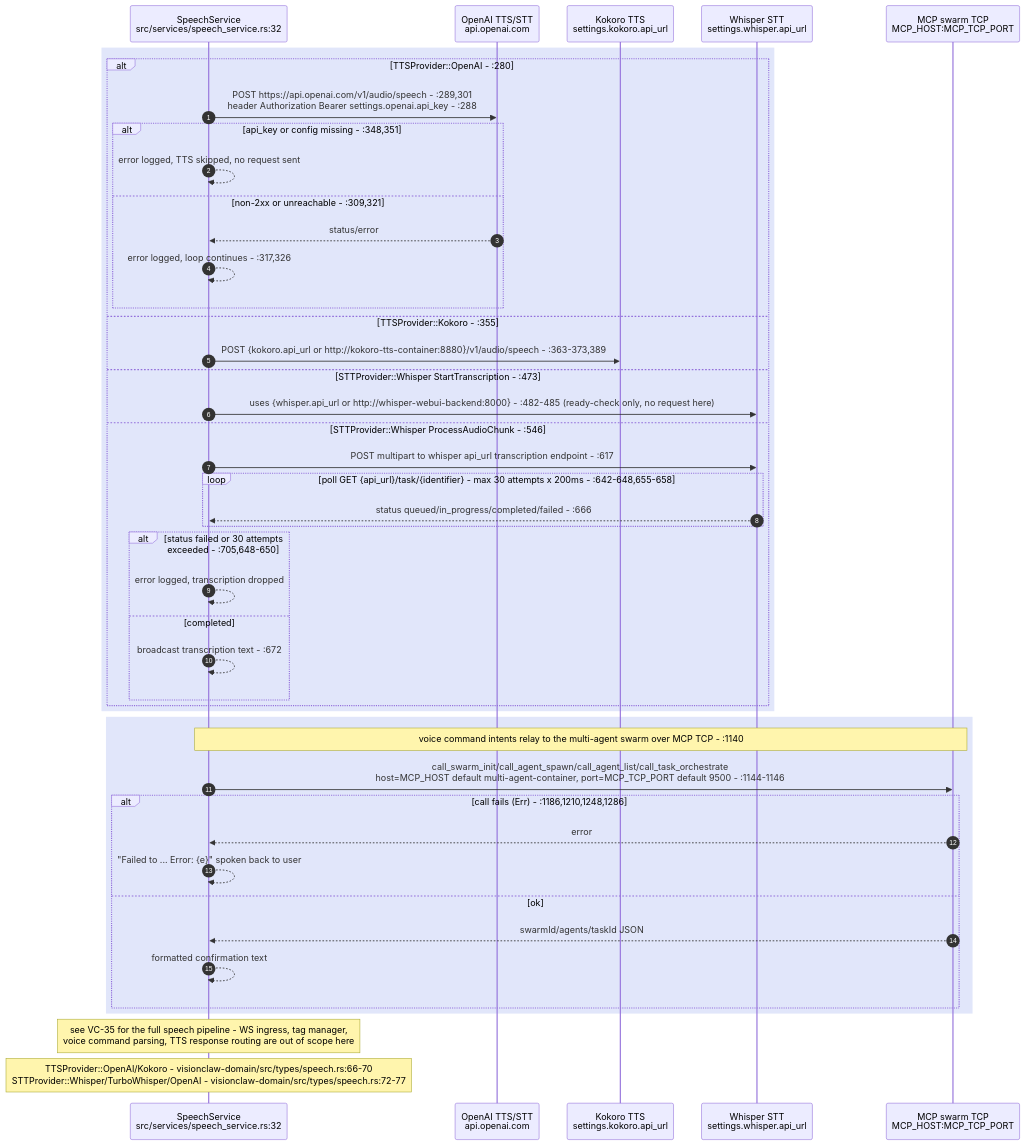
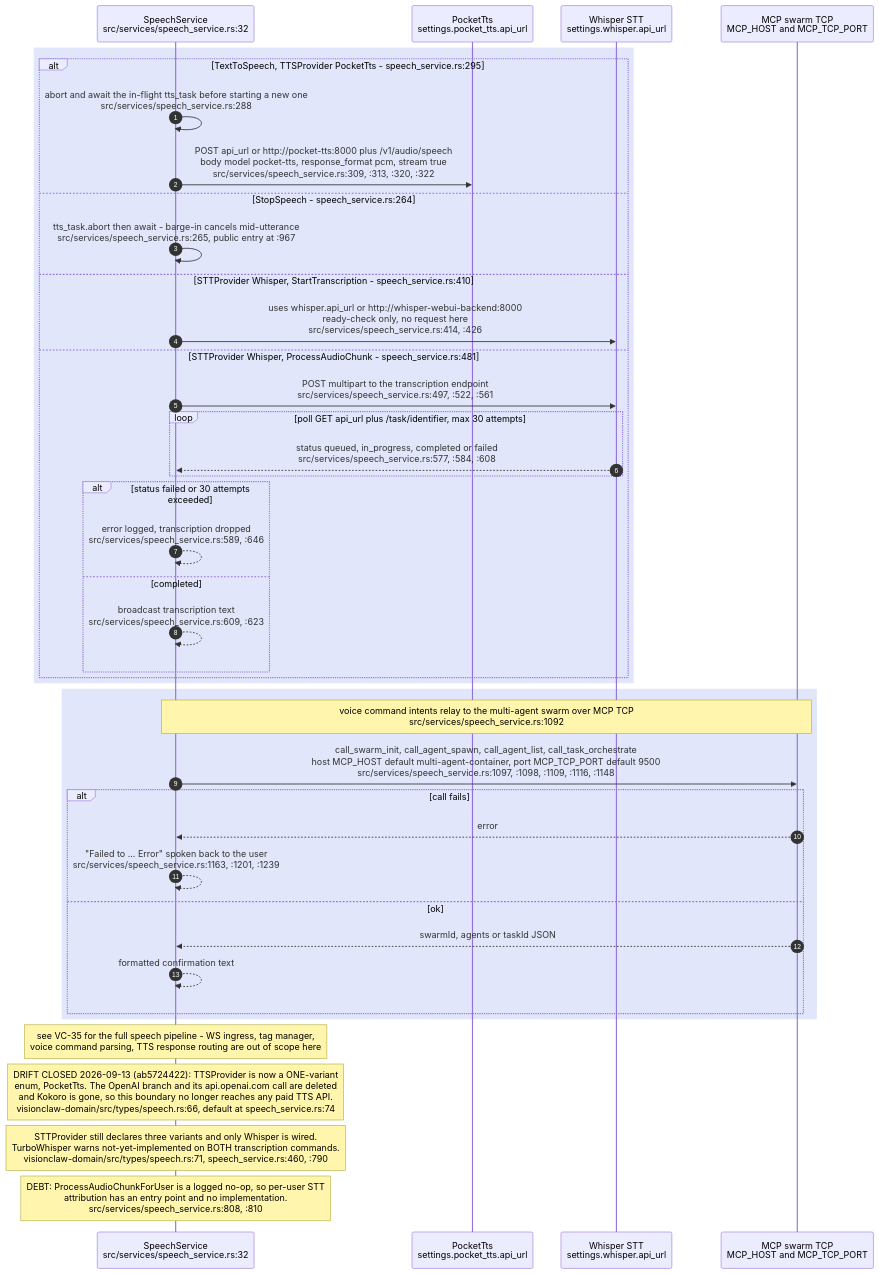
One commit to DreamLab-AI/VisionFlow changed the seventh of 9 diagrams in docs/diagrams/visionclaw/28-external-services.md. Above: the diagram before and after it, drawn with Mermaid. The commit also changed other lines of this file and 32 other files, not shown here.

````diff
--- a/docs/diagrams/visionclaw/28-external-services.md
+++ b/docs/diagrams/visionclaw/28-external-services.md
@@ -335,50 +336,46 @@
 ```mermaid
 sequenceDiagram
     autonumber
     participant SS as SpeechService<br/>src/services/speech_service.rs:32
-    participant OAI as OpenAI TTS/STT<br/>api.openai.com
-    participant KOK as Kokoro TTS<br/>settings.kokoro.api_url
+    participant PT as PocketTts<br/>settings.pocket_tts.api_url
     participant WHI as Whisper STT<br/>settings.whisper.api_url
-    participant MCP as MCP swarm TCP<br/>MCP_HOST:MCP_TCP_PORT
+    participant MCP as MCP swarm TCP<br/>MCP_HOST and MCP_TCP_PORT
 
     rect rgb(225,230,250)
-    alt TTSProvider::OpenAI - :280
-        SS->>OAI: POST https://api.openai.com/v1/audio/speech - :289,301<br/>header Authorization Bearer settings.openai.api_key - :288
-        alt api_key or config missing - :348,351
-            SS-->>SS: error logged, TTS skipped, no request sent
-        else non-2xx or unreachable - :309,321
-            OAI-->>SS: status/error
-            SS-->>SS: error logged, loop continues - :317,326
+    alt TextToSpeech, TTSProvider PocketTts - speech_service.rs:295
+        SS->>SS: abort and await the in-flight tts_task before starting a new one<br/>src/services/speech_service.rs:288
+        SS->>PT: POST api_url or http://pocket-tts:8000 plus /v1/audio/speech<br/>body model pocket-tts, response_format pcm, stream true<br/>src/services/speech_service.rs:309, :313, :320, :322
+    else StopSpeech - speech_service.rs:264
+        SS->>SS: tts_task.abort then await - barge-in cancels mid-utterance<br/>src/services/speech_service.rs:265, public entry at :967
+    else STTProvider Whisper, StartTranscription - speech_service.rs:410
+        SS->>WHI: uses whisper.api_url or http://whisper-webui-backend:8000<br/>ready-check only, no request here<br/>src/services/speech_service.rs:414, :426
+    else STTProvider Whisper, ProcessAudioChunk - speech_service.rs:481
+        SS->>WHI: POST multipart to the transcription endpoint<br/>src/services/speech_service.rs:497, :522, :561
+        loop poll GET api_url plus /task/identifier, max 30 attempts
+            WHI-->>SS: status queued, in_progress, completed or failed<br/>src/services/speech_service.rs:577, :584, :608
         end
-    else TTSProvider::Kokoro - :355
-        SS->>KOK: POST {kokoro.api_url or http://kokoro-tts-container:8880}/v1/audio/speech - :363-373,389
-    else STTProvider::Whisper StartTranscription - :473
-        SS->>WHI: uses {whisper.api_url or http://whisper-webui-backend:8000} - :482-485 (ready-check only, no request here)
-    else STTProvider::Whisper ProcessAudioChunk - :546
-        SS->>WHI: POST multipart to whisper api_url transcription endpoint - :617
-        loop poll GET {api_url}/task/{identifier} - max 30 attempts x 200ms - :642-648,655-658
-            WHI-->>SS: status queued/in_progress/completed/failed - :666
-        end
-        alt status failed or 30 attempts exceeded - :705,648-650
-            SS-->>SS: error logged, transcription dropped
+        alt status failed or 30 attempts exceeded
+            SS-->>SS: error logged, transcription dropped<br/>src/services/speech_service.rs:589, :646
         else completed
-            SS-->>SS: broadcast transcription text - :672
+            SS-->>SS: broadcast transcription text<br/>src/services/speech_service.rs:609, :623
         end
     end
     end
 
     rect rgb(225,230,250)
-    Note over SS,MCP: voice command intents relay to the multi-agent swarm over MCP TCP - :1140
-    SS->>MCP: call_swarm_init/call_agent_spawn/call_agent_list/call_task_orchestrate<br/>host=MCP_HOST default multi-agent-container, port=MCP_TCP_PORT default 9500 - :1144-1146
-    alt call fails (Err) - :1186,1210,1248,1286
+    Note over SS,MCP: voice command intents relay to the multi-agent swarm over MCP TCP<br/>src/services/speech_service.rs:1092
+    SS->>MCP: call_swarm_init, call_agent_spawn, call_agent_list, call_task_orchestrate<br/>host MCP_HOST default multi-agent-container, port MCP_TCP_PORT default 9500<br/>src/services/speech_service.rs:1097, :1098, :1109, :1116, :1148
+    alt call fails
         MCP-->>SS: error
-        SS-->>SS: "Failed to ... Error: {e}" spoken back to user
+        SS-->>SS: "Failed to ... Error" spoken back to the user<br/>src/services/speech_service.rs:1163, :1201, :1239
     else ok
-        MCP-->>SS: swarmId/agents/taskId JSON
+        MCP-->>SS: swarmId, agents or taskId JSON
         SS-->>SS: formatted confirmation text
     end
     end
 
     Note over SS: see VC-35 for the full speech pipeline - WS ingress, tag manager,<br/>voice command parsing, TTS response routing are out of scope here
-    Note over SS: TTSProvider::OpenAI/Kokoro - visionclaw-domain/src/types/speech.rs:66-70<br/>STTProvider::Whisper/TurboWhisper/OpenAI - visionclaw-domain/src/types/speech.rs:72-77
+    Note over SS: DRIFT CLOSED 2026-09-13 (ab5724422): TTSProvider is now a ONE-variant<br/>enum, PocketTts. The OpenAI branch and its api.openai.com call are deleted<br/>and Kokoro is gone, so this boundary no longer reaches any paid TTS API.<br/>visionclaw-domain/src/types/speech.rs:66, default at speech_service.rs:74
+    Note over SS: STTProvider still declares three variants and only Whisper is wired.<br/>TurboWhisper warns not-yet-implemented on BOTH transcription commands.<br/>visionclaw-domain/src/types/speech.rs:71, speech_service.rs:460, :790
+    Note over SS: DEBT: ProcessAudioChunkForUser is a logged no-op, so per-user STT<br/>attribution has an entry point and no implementation.<br/>src/services/speech_service.rs:808, :810
 ```
````
